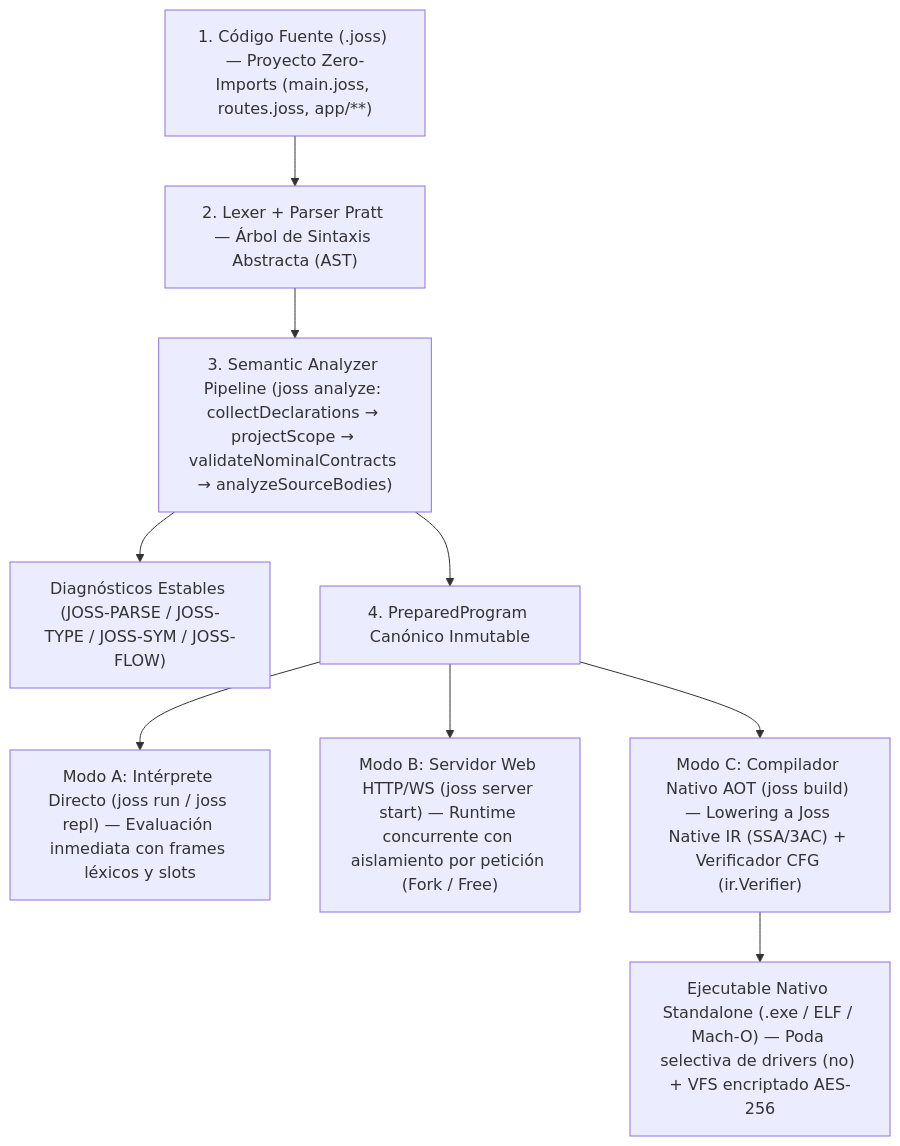
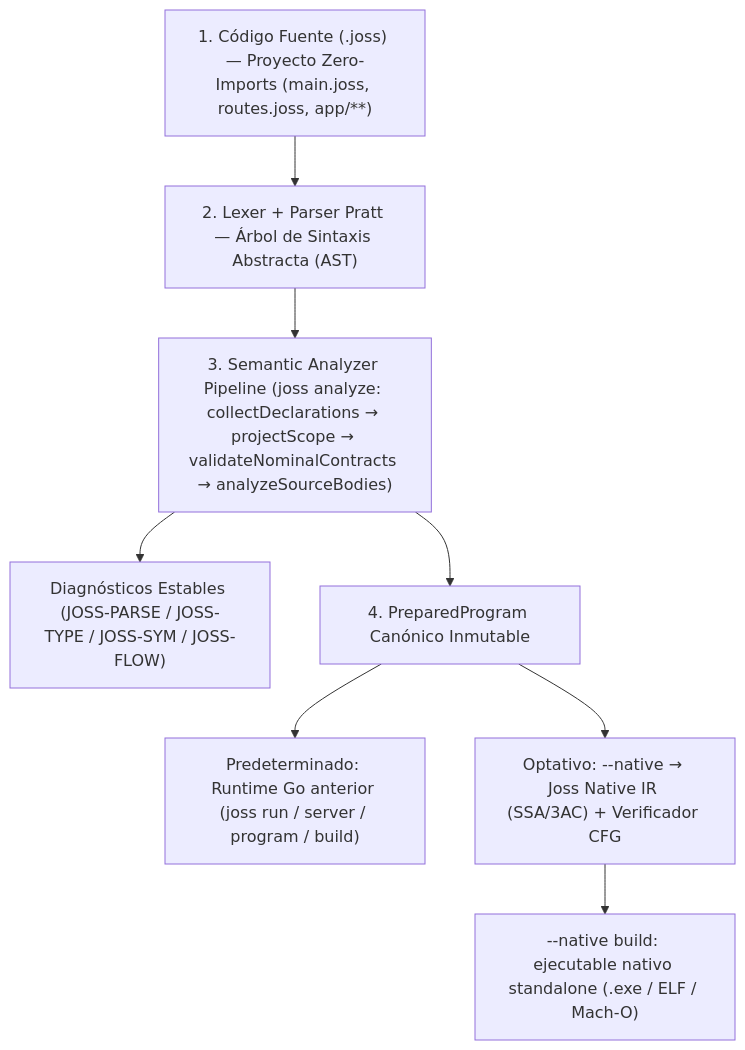
Before and after one commit to joss-language/Joss-Programming-Language: the first of 3 diagrams in README.md, drawn with Mermaid. The commit also changed other lines of this file and 61 other files, not shown here.

````diff
--- a/README.md
+++ b/README.md
@@ -64,11 +64,10 @@
 ```mermaid
 flowchart TD
     SRC["1. Código Fuente (.joss) — Proyecto Zero-Imports (main.joss, routes.joss, app/**)"] --> LEX["2. Lexer + Parser Pratt — Árbol de Sintaxis Abstracta (AST)"]
     LEX --> ANA["3. Semantic Analyzer Pipeline (joss analyze: collectDeclarations → projectScope → validateNominalContracts → analyzeSourceBodies)"]
     ANA --> DIAG["Diagnósticos Estables (JOSS-PARSE / JOSS-TYPE / JOSS-SYM / JOSS-FLOW)"]
     ANA --> PREP["4. PreparedProgram Canónico Inmutable"]
-    PREP --> RUN["Modo A: Intérprete Directo (joss run / joss repl) — Evaluación inmediata con frames léxicos y slots"]
-    PREP --> SRV["Modo B: Servidor Web HTTP/WS (joss server start) — Runtime concurrente con aislamiento por petición (Fork / Free)"]
-    PREP --> IR["Modo C: Compilador Nativo AOT (joss build) — Lowering a Joss Native IR (SSA/3AC) + Verificador CFG (ir.Verifier)"]
-    IR --> BIN["Ejecutable Nativo Standalone (.exe / ELF / Mach-O) — Poda selectiva de drivers (no<driver>) + VFS encriptado AES-256"]
+    PREP --> RUN["Predeterminado: Runtime Go anterior (joss run / server / program / build)"]
+    PREP --> IR["Optativo: --native → Joss Native IR (SSA/3AC) + Verificador CFG"]
+    IR --> BIN["--native build: ejecutable nativo standalone (.exe / ELF / Mach-O)"]
 ```
````
